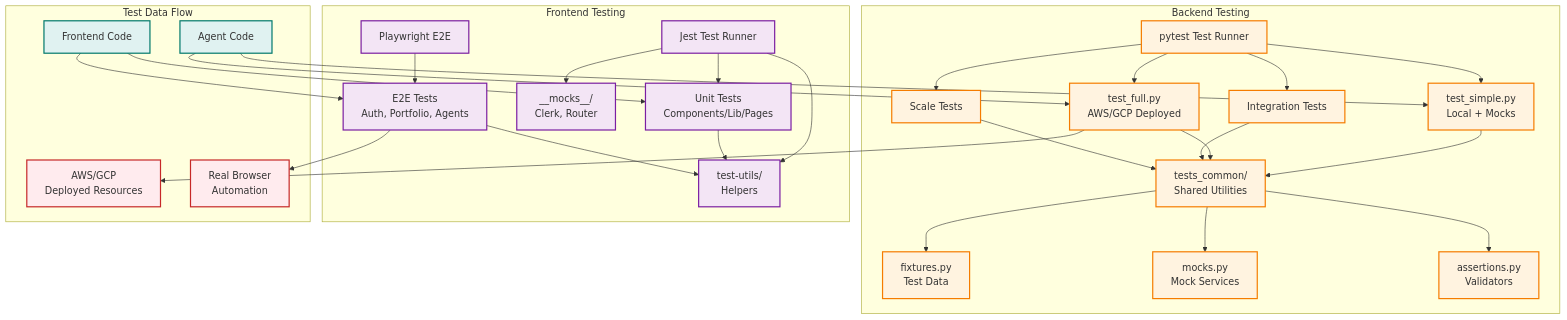
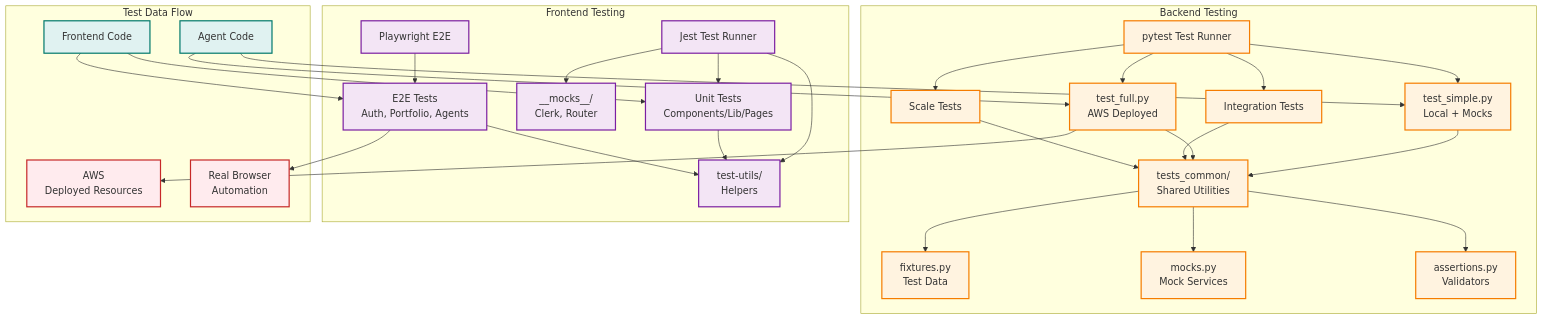
Before and after one commit to nanotile/alex: the second of 3 diagrams in KB_FILE_STRUCTURE.md, drawn with Mermaid. The commit also changed other lines of this file and 49 other files, not shown here.

````diff
--- a/KB_FILE_STRUCTURE.md
+++ b/KB_FILE_STRUCTURE.md
@@ -403,55 +363,55 @@
 ```mermaid
 graph TB
     subgraph "Backend Testing"
         PYTEST[pytest Test Runner]
         TESTS_COMMON[tests_common/<br/>Shared Utilities]
 
         PYTEST --> SIMPLE[test_simple.py<br/>Local + Mocks]
-        PYTEST --> FULL[test_full.py<br/>AWS/GCP Deployed]
+        PYTEST --> FULL[test_full.py<br/>AWS Deployed]
         PYTEST --> INTEGRATION[Integration Tests]
         PYTEST --> SCALE[Scale Tests]
 
         SIMPLE --> TESTS_COMMON
         FULL --> TESTS_COMMON
         INTEGRATION --> TESTS_COMMON
         SCALE --> TESTS_COMMON
 
         TESTS_COMMON --> FIXTURES[fixtures.py<br/>Test Data]
         TESTS_COMMON --> MOCKS[mocks.py<br/>Mock Services]
         TESTS_COMMON --> ASSERTIONS[assertions.py<br/>Validators]
     end
 
     subgraph "Frontend Testing"
         JEST[Jest Test Runner]
         PLAYWRIGHT[Playwright E2E]
 
         JEST --> UNIT[Unit Tests<br/>Components/Lib/Pages]
         JEST --> F_MOCKS[__mocks__/<br/>Clerk, Router]
         JEST --> F_UTILS[test-utils/<br/>Helpers]
 
         PLAYWRIGHT --> E2E[E2E Tests<br/>Auth, Portfolio, Agents]
 
         UNIT --> F_UTILS
         E2E --> F_UTILS
     end
 
     subgraph "Test Data Flow"
         AGENT_CODE[Agent Code] --> SIMPLE
         AGENT_CODE --> FULL
         FRONTEND_CODE[Frontend Code] --> UNIT
         FRONTEND_CODE --> E2E
 
-        FULL --> AWS_DEPLOY[AWS/GCP<br/>Deployed Resources]
+        FULL --> AWS_DEPLOY[AWS<br/>Deployed Resources]
         E2E --> BROWSER[Real Browser<br/>Automation]
     end
 
     classDef backendTestStyle fill:#fff3e0,stroke:#f57c00,stroke-width:2px
     classDef frontendTestStyle fill:#f3e5f5,stroke:#7b1fa2,stroke-width:2px
     classDef utilsTestStyle fill:#e0f2f1,stroke:#00796b,stroke-width:2px
     classDef deployTestStyle fill:#ffebee,stroke:#c62828,stroke-width:2px
 
     class PYTEST,TESTS_COMMON,SIMPLE,FULL,INTEGRATION,SCALE,FIXTURES,MOCKS,ASSERTIONS backendTestStyle
     class JEST,PLAYWRIGHT,UNIT,E2E,F_MOCKS,F_UTILS frontendTestStyle
     class AGENT_CODE,FRONTEND_CODE utilsTestStyle
     class AWS_DEPLOY,BROWSER deployTestStyle
 ```
````
